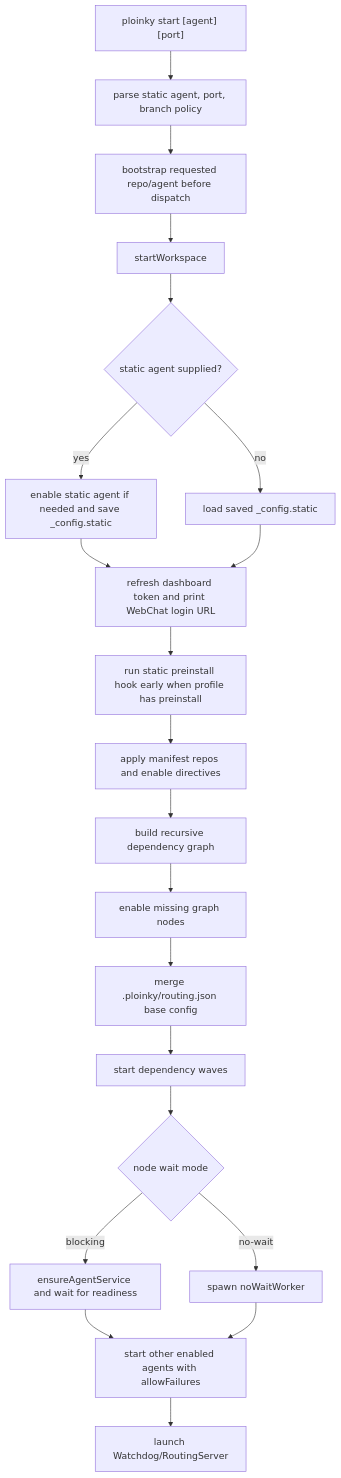
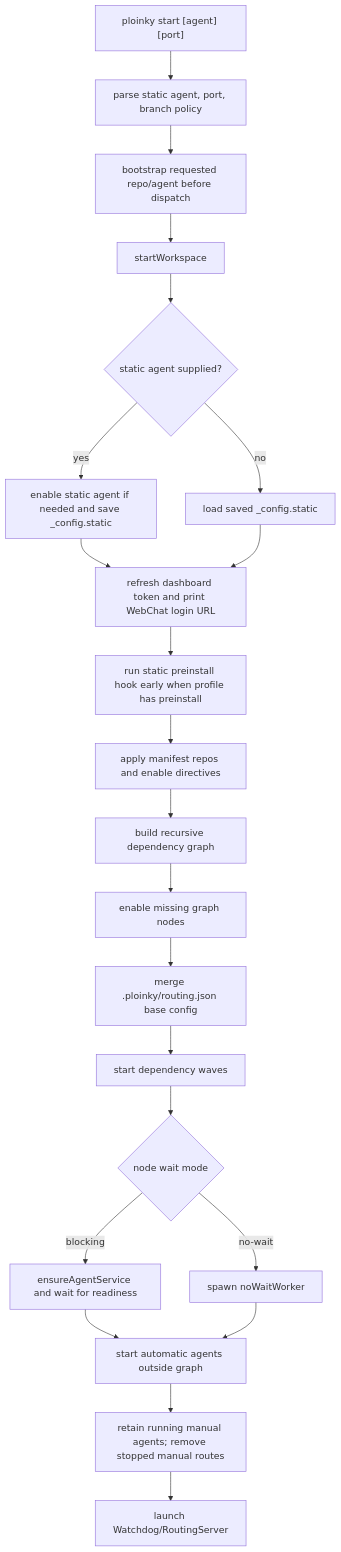
Before and after one commit to AssistOS-AI/ploinky: the second of 5 diagrams in docs/code-derived-agent-lifecycle.md, drawn with Mermaid. The commit also changed other lines of this file and 30 other files, not shown here.

Commit message:
introduce manifest startup policies and refine agent dependency graph handling

````diff
--- a/docs/code-derived-agent-lifecycle.md
+++ b/docs/code-derived-agent-lifecycle.md
@@ -240,23 +241,24 @@
 ```mermaid
 flowchart TD
   A["ploinky start [agent] [port]"] --> B["parse static agent, port, branch policy"]
   B --> C["bootstrap requested repo/agent before dispatch"]
   C --> D["startWorkspace"]
   D --> E{"static agent supplied?"}
   E -- yes --> F["enable static agent if needed and save _config.static"]
   E -- no --> G["load saved _config.static"]
   F --> H["refresh dashboard token and print WebChat login URL"]
   G --> H
   H --> I["run static preinstall hook early when profile has preinstall"]
   I --> J["apply manifest repos and enable directives"]
   J --> K["build recursive dependency graph"]
   K --> L["enable missing graph nodes"]
   L --> M["merge .ploinky/routing.json base config"]
   M --> N["start dependency waves"]
   N --> O{"node wait mode"}
   O -- blocking --> P["ensureAgentService and wait for readiness"]
   O -- no-wait --> Q["spawn noWaitWorker"]
-  P --> R["start other enabled agents with allowFailures"]
+  P --> R["start automatic agents outside graph"]
   Q --> R
-  R --> S["launch Watchdog/RoutingServer"]
+  R --> T["retain running manual agents; remove stopped manual routes"]
+  T --> S["launch Watchdog/RoutingServer"]
 ```
````
